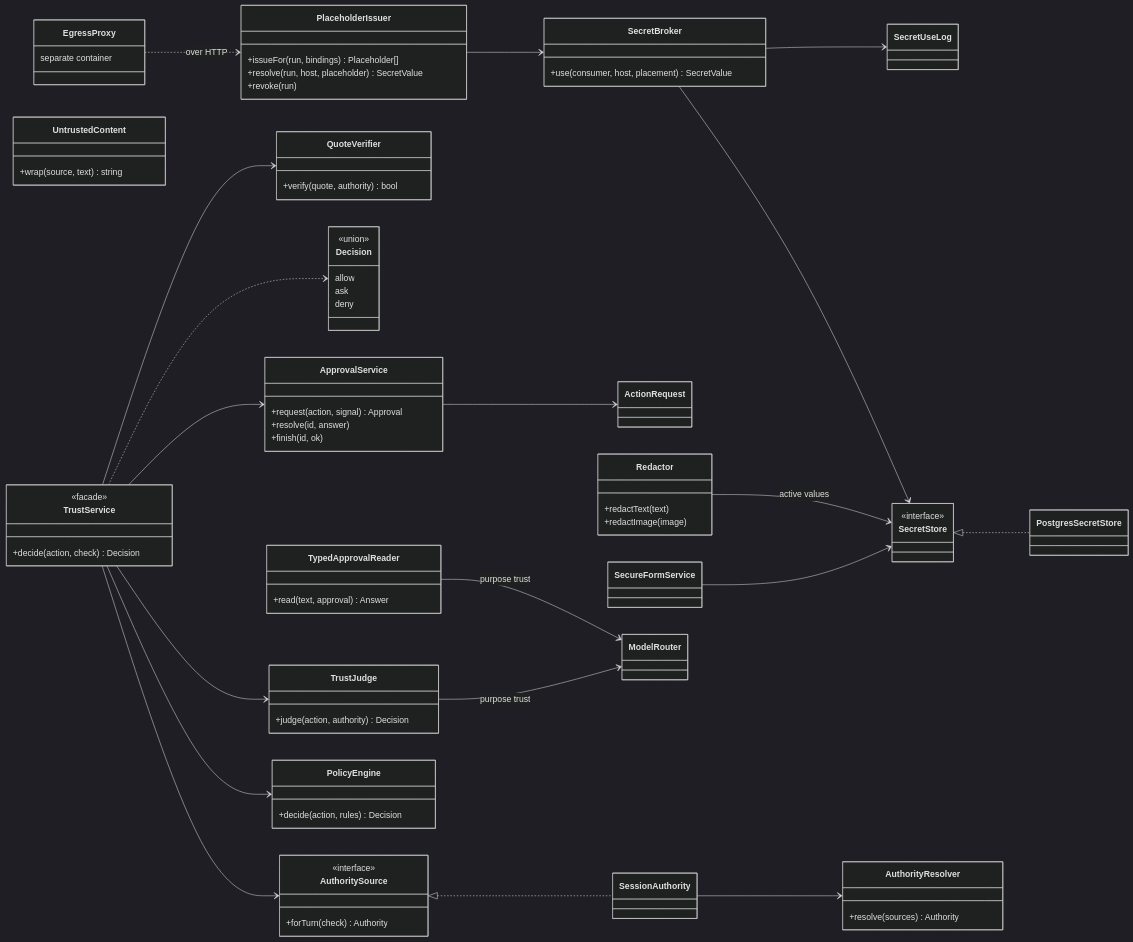
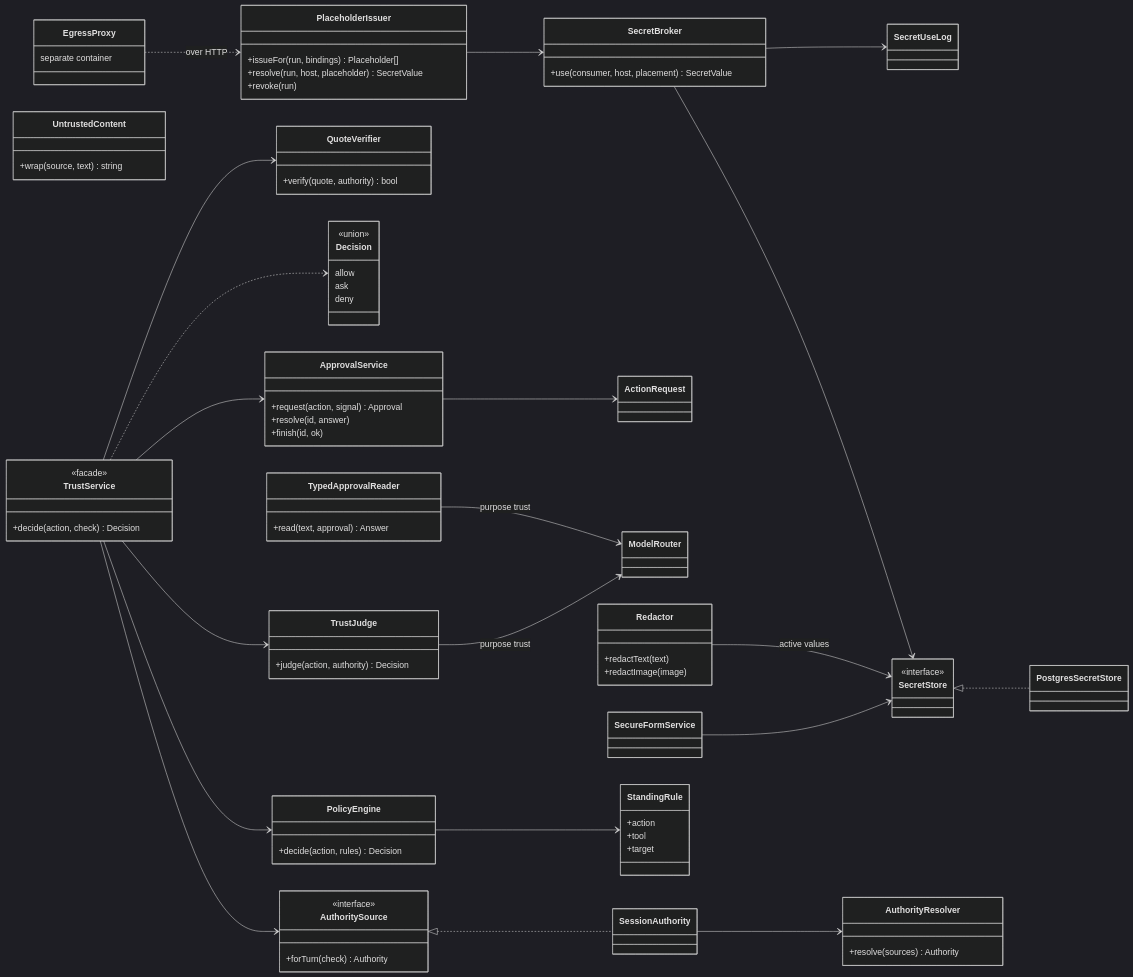
The eighth of 14 diagrams in docs/06-class-map.md (ggiraudon/shitsuji), drawn with Mermaid (dark theme) before and after one commit. The commit also changed other lines of this file and 5 other files, not shown here.

```diff
--- a/docs/06-class-map.md
+++ b/docs/06-class-map.md
@@ -591,6 +613,11 @@
   }
   class PolicyEngine {
     +decide(action, rules) Decision
+  }
+  class StandingRule {
+    +action
+    +tool
+    +target
   }
   class TrustJudge {
     +judge(action, authority) Decision
@@ -641,6 +668,7 @@
   AuthoritySource <|.. SessionAuthority
   SessionAuthority --> AuthorityResolver
   TrustService --> PolicyEngine
+  PolicyEngine --> StandingRule
   TrustService --> TrustJudge
   TrustService --> ApprovalService
   TrustService ..> Decision
```
